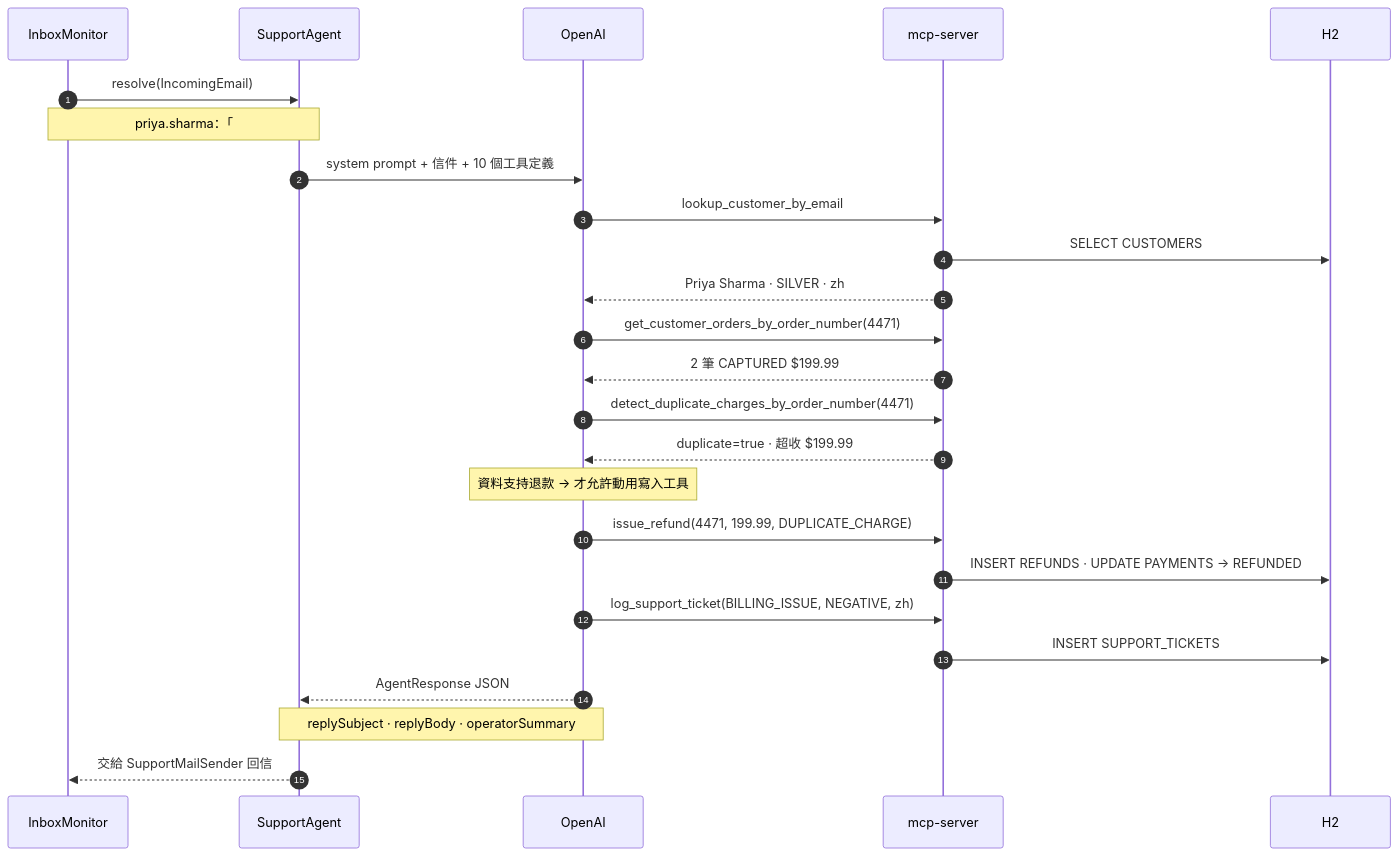
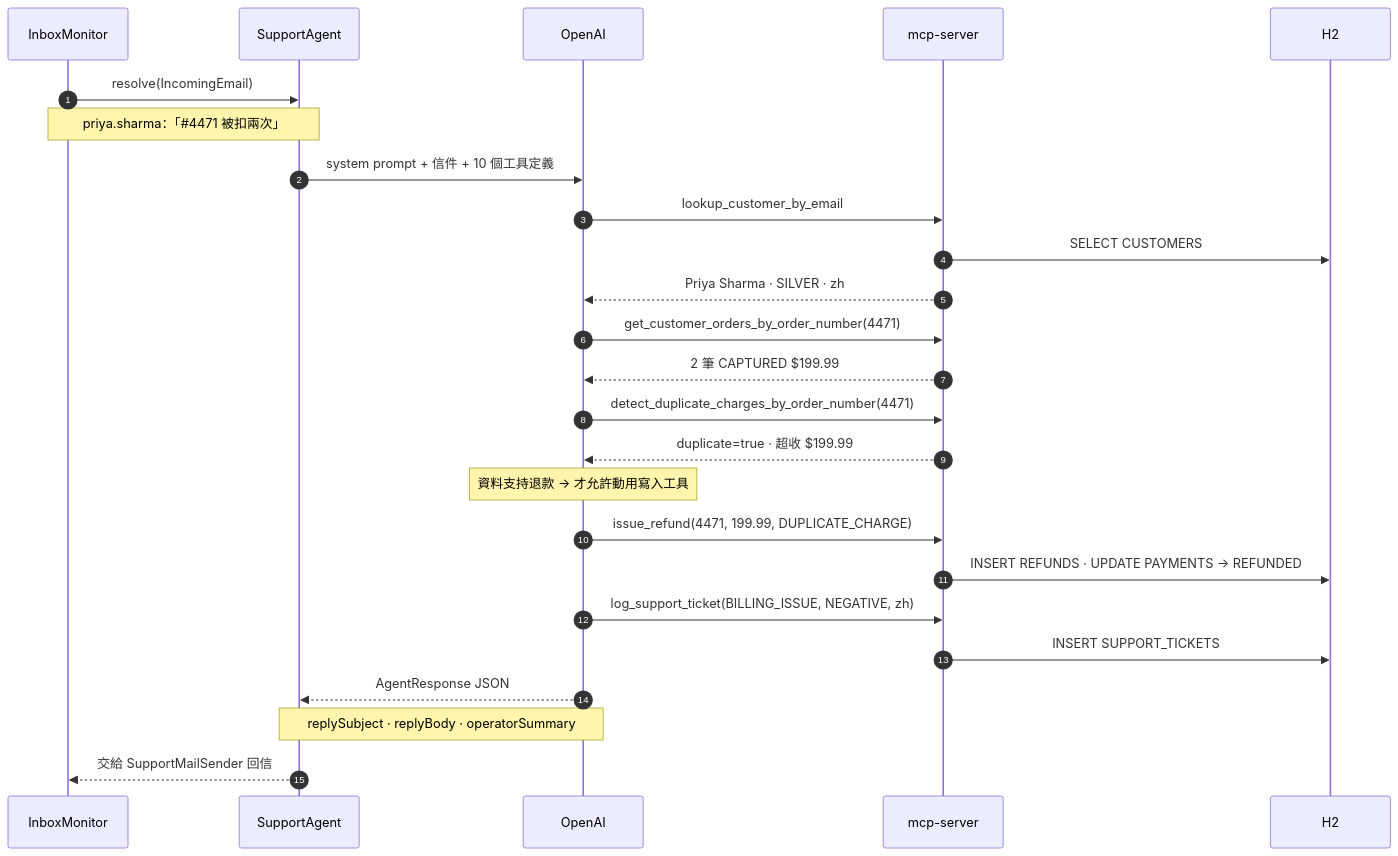
Before and after one commit to tonysk0210/springai-agent: the second of 4 diagrams in README.md, drawn with Mermaid.

````diff
--- a/README.md
+++ b/README.md
@@ -117,28 +117,28 @@
 ```mermaid
 sequenceDiagram
     autonumber
     participant IM as InboxMonitor
     participant SA as SupportAgent
     participant LLM as OpenAI
     participant MCP as mcp-server
     participant DB as H2
 
     IM->>SA: resolve(IncomingEmail)
-    Note over IM,SA: priya.sharma：「#4471 被扣兩次」
+    Note over IM,SA: priya.sharma：「#35;4471 被扣兩次」
     SA->>LLM: system prompt + 信件 + 10 個工具定義
     LLM->>MCP: lookup_customer_by_email
     MCP->>DB: SELECT CUSTOMERS
     MCP-->>LLM: Priya Sharma · SILVER · zh
     LLM->>MCP: get_customer_orders_by_order_number(4471)
     MCP-->>LLM: 2 筆 CAPTURED $199.99
     LLM->>MCP: detect_duplicate_charges_by_order_number(4471)
     MCP-->>LLM: duplicate=true · 超收 $199.99
     Note over LLM: 資料支持退款 → 才允許動用寫入工具
     LLM->>MCP: issue_refund(4471, 199.99, DUPLICATE_CHARGE)
     MCP->>DB: INSERT REFUNDS · UPDATE PAYMENTS → REFUNDED
     LLM->>MCP: log_support_ticket(BILLING_ISSUE, NEGATIVE, zh)
     MCP->>DB: INSERT SUPPORT_TICKETS
     LLM-->>SA: AgentResponse JSON
     Note over SA,LLM: replySubject · replyBody · operatorSummary
     SA-->>IM: 交給 SupportMailSender 回信
 ```
````
